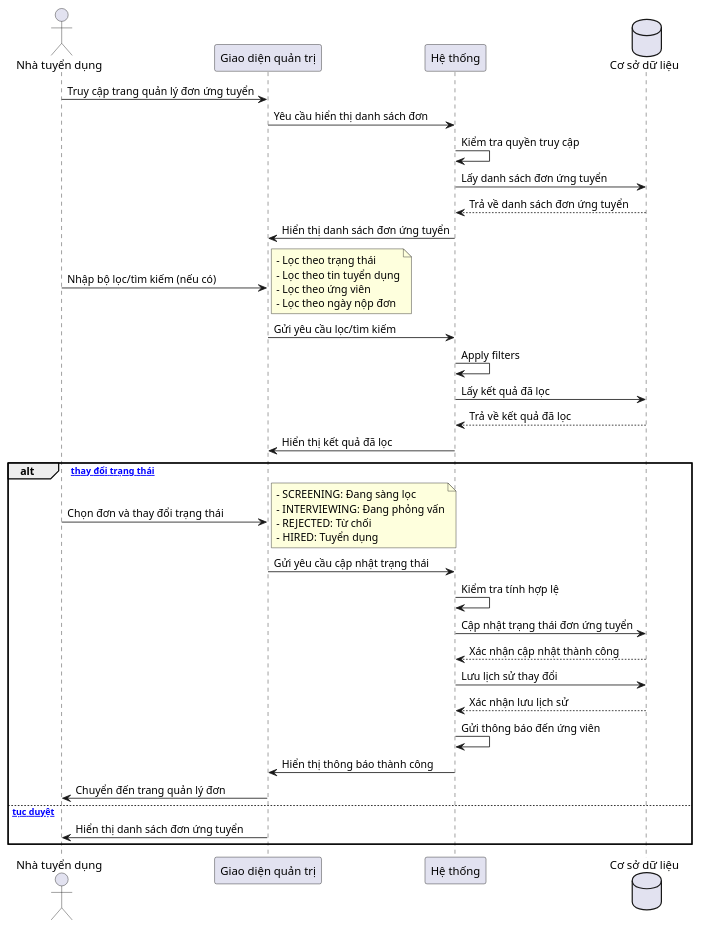
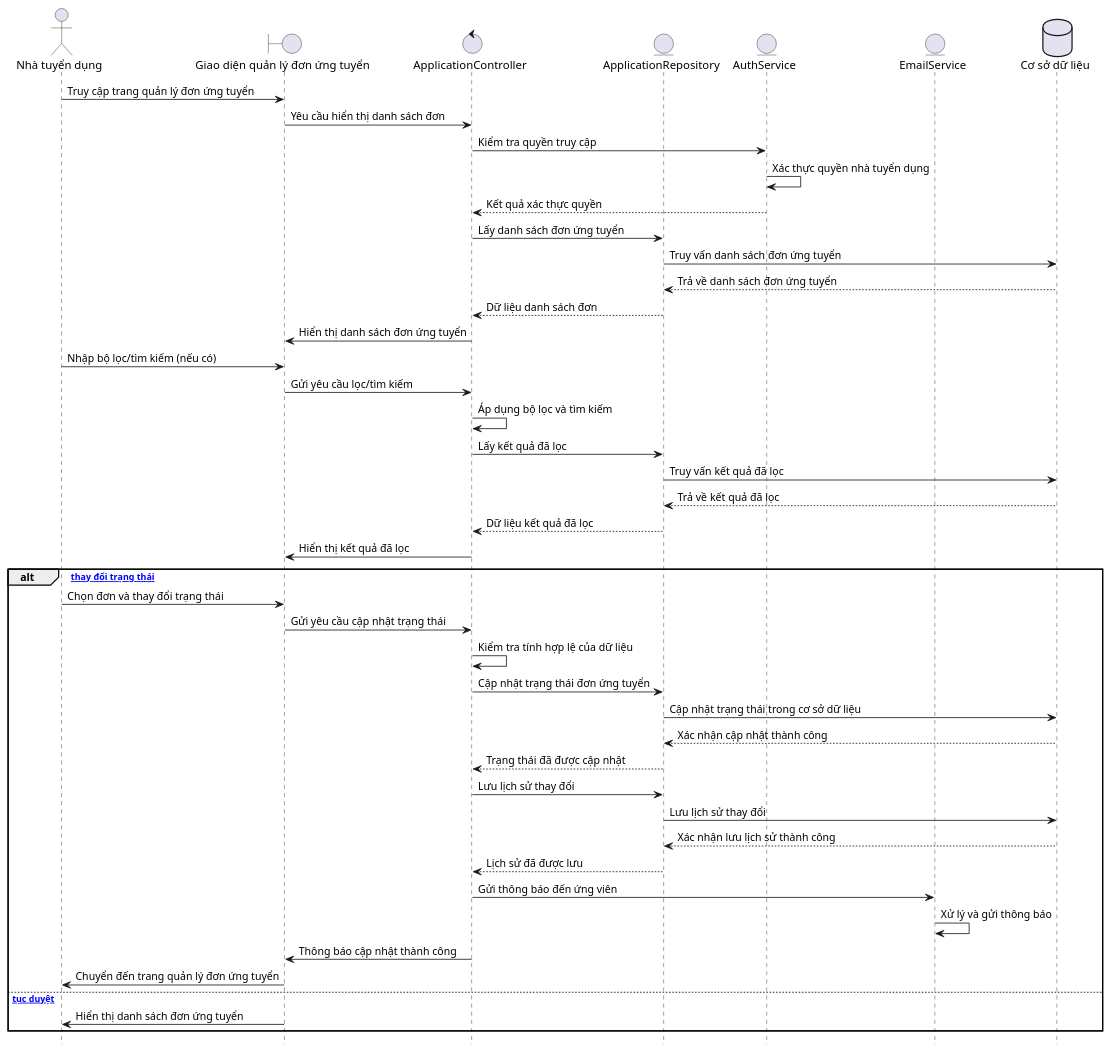
Before and after one commit to felix-253/TechLeet-server: the diagram in sequence/UC-07/UC-07-simple-sequence.wsd, drawn with PlantUML. The commit also changed 20 other files, not shown here.

Commit message:
document: flow screen cv and suggest cv

```diff
--- a/sequence/UC-07/UC-07-simple-sequence.wsd
+++ b/sequence/UC-07/UC-07-simple-sequence.wsd
@@ -1,51 +1,58 @@
 @startuml UC-07: Quản lý đơn ứng tuyển
+hide footbox
+skinparam ParticipantPadding 10
+skinparam BoxPadding 5
 
-actor "Nhà tuyển dụng" as R
-participant "Giao diện quản trị" as FE
-participant "Hệ thống" as System
-database "Cơ sở dữ liệu" as DB
+actor "Nhà tuyển dụng" as Recruiter
+boundary "Giao diện quản lý đơn ứng tuyển" as ApplicationUI
+control "ApplicationController" as ApplicationController
+entity "ApplicationRepository" as ApplicationRepo
+entity "AuthService" as AuthService
+entity "EmailService" as EmailService
+database "Cơ sở dữ liệu" as Database
 
-R -> FE: Truy cập trang quản lý đơn ứng tuyển
-FE -> System: Yêu cầu hiển thị danh sách đơn
-System -> System: Kiểm tra quyền truy cập
-System -> DB: Lấy danh sách đơn ứng tuyển
-DB --> System: Trả về danh sách đơn ứng tuyển
-System -> FE: Hiển thị danh sách đơn ứng tuyển
+Recruiter -> ApplicationUI: Truy cập trang quản lý đơn ứng tuyển
+ApplicationUI -> ApplicationController: Yêu cầu hiển thị danh sách đơn
+ApplicationController -> AuthService: Kiểm tra quyền truy cập
+AuthService -> AuthService: Xác thực quyền nhà tuyển dụng
+AuthService --> ApplicationController: Kết quả xác thực quyền
+ApplicationController -> ApplicationRepo: Lấy danh sách đơn ứng tuyển
+ApplicationRepo -> Database: Truy vấn danh sách đơn ứng tuyển
+Database --> ApplicationRepo: Trả về danh sách đơn ứng tuyển
+ApplicationRepo --> ApplicationController: Dữ liệu danh sách đơn
+ApplicationController -> ApplicationUI: Hiển thị danh sách đơn ứng tuyển
 
-R -> FE: Nhập bộ lọc/tìm kiếm (nếu có)
-note right
-  - Lọc theo trạng thái
-  - Lọc theo tin tuyển dụng
-  - Lọc theo ứng viên
-  - Lọc theo ngày nộp đơn
-end note
+Recruiter -> ApplicationUI: Nhập bộ lọc/tìm kiếm (nếu có)
 
-FE -> System: Gửi yêu cầu lọc/tìm kiếm
-System -> System: Apply filters
-System -> DB: Lấy kết quả đã lọc
-DB --> System: Trả về kết quả đã lọc
-System -> FE: Hiển thị kết quả đã lọc
+ApplicationUI -> ApplicationController: Gửi yêu cầu lọc/tìm kiếm
+ApplicationController -> ApplicationController: Áp dụng bộ lọc và tìm kiếm
+ApplicationController -> ApplicationRepo: Lấy kết quả đã lọc
+ApplicationRepo -> Database: Truy vấn kết quả đã lọc
+Database --> ApplicationRepo: Trả về kết quả đã lọc
+ApplicationRepo --> ApplicationController: Dữ liệu kết quả đã lọc
+ApplicationController -> ApplicationUI: Hiển thị kết quả đã lọc
 
 alt [Cần thay đổi trạng thái]
-    R -> FE: Chọn đơn và thay đổi trạng thái
-    note right
-      - SCREENING: Đang sàng lọc
-      - INTERVIEWING: Đang phỏng vấn
-      - REJECTED: Từ chối
-      - HIRED: Tuyển dụng
-    end note
+    Recruiter -> ApplicationUI: Chọn đơn và thay đổi trạng thái
     
-    FE -> System: Gửi yêu cầu cập nhật trạng thái
-    System -> System: Kiểm tra tính hợp lệ
-    System -> DB: Cập nhật trạng thái đơn ứng tuyển
-    DB --> System: Xác nhận cập nhật thành công
-    System -> DB: Lưu lịch sử thay đổi
-    DB --> System: Xác nhận lưu lịch sử
-    System -> System: Gửi thông báo đến ứng viên
-    System -> FE: Hiển thị thông báo thành công
-    FE -> R: Chuyển đến trang quản lý đơn
+    ApplicationUI -> ApplicationController: Gửi yêu cầu cập nhật trạng thái
+    ApplicationController -> ApplicationController: Kiểm tra tính hợp lệ của dữ liệu
+    ApplicationController -> ApplicationRepo: Cập nhật trạng thái đơn ứng tuyển
+    ApplicationRepo -> Database: Cập nhật trạng thái trong cơ sở dữ liệu
+    Database --> ApplicationRepo: Xác nhận cập nhật thành công
+    ApplicationRepo --> ApplicationController: Trạng thái đã được cập nhật
+    
+    ApplicationController -> ApplicationRepo: Lưu lịch sử thay đổi
+    ApplicationRepo -> Database: Lưu lịch sử thay đổi
+    Database --> ApplicationRepo: Xác nhận lưu lịch sử thành công
+    ApplicationRepo --> ApplicationController: Lịch sử đã được lưu
+    
+    ApplicationController -> EmailService: Gửi thông báo đến ứng viên
+    EmailService -> EmailService: Xử lý và gửi thông báo
+    ApplicationController -> ApplicationUI: Thông báo cập nhật thành công
+    ApplicationUI -> Recruiter: Chuyển đến trang quản lý đơn ứng tuyển
 else [Tiếp tục duyệt]
-    FE -> R: Hiển thị danh sách đơn ứng tuyển
+    ApplicationUI -> Recruiter: Hiển thị danh sách đơn ứng tuyển
 end
 
 @enduml
```
